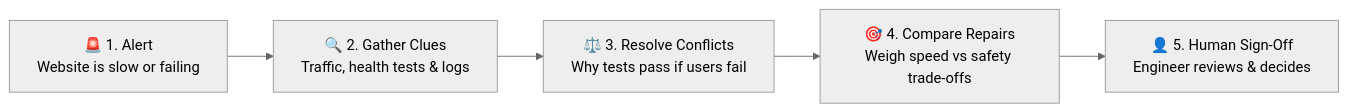
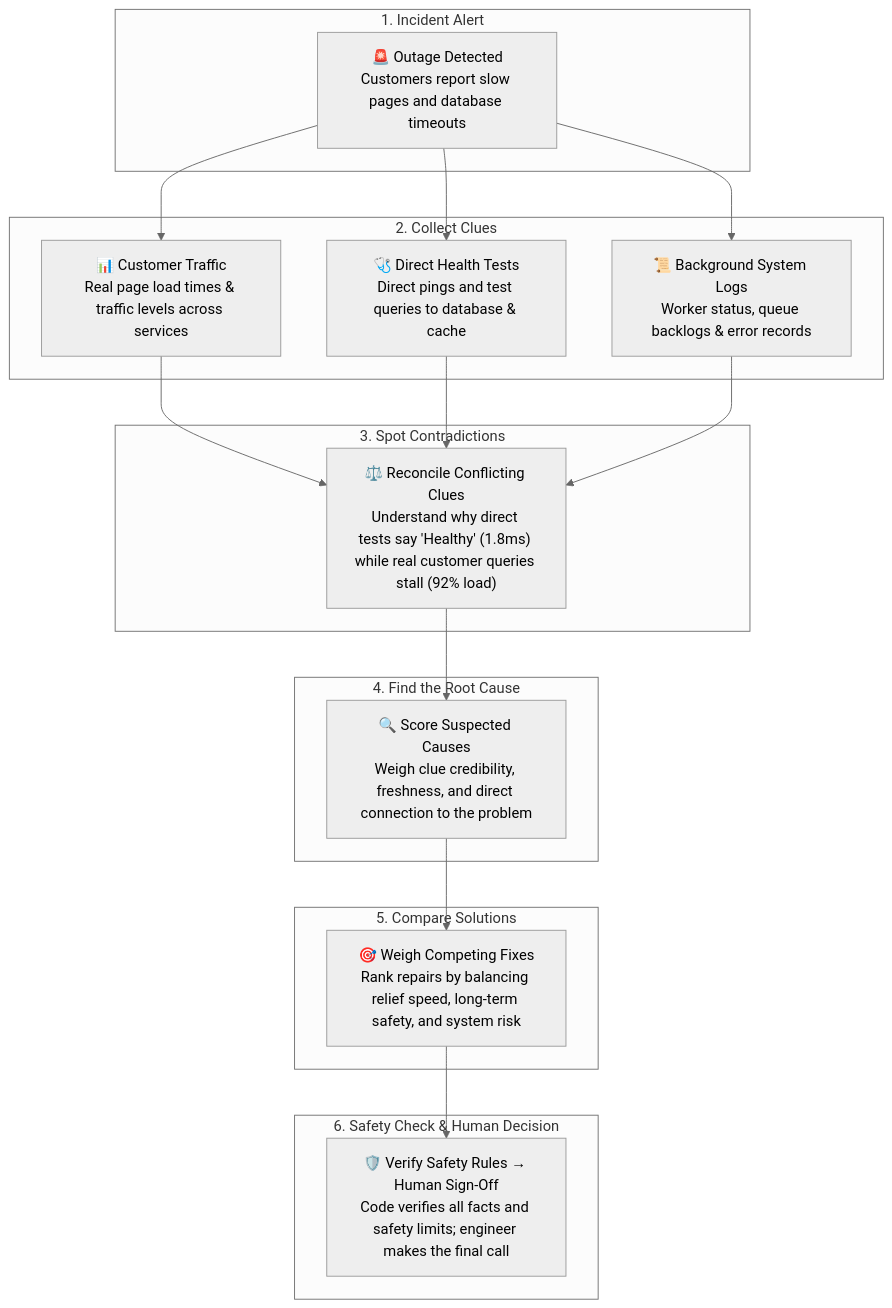
Before and after one commit to AnasBabari/LEC_AI: the second of 3 diagrams in README.md, drawn with Mermaid (neutral theme). The commit also changed other lines of this file, not shown here.

First line of the commit message:
docs(readme): restore 3 structured Mermaid diagrams with clean, jargon-free English labels

````diff
--- a/README.md
+++ b/README.md
@@ -102,7 +137,40 @@
 ```mermaid
-flowchart LR
-    Alert["🚨 1. Alert<br/>Website is slow or failing"] --> Clues["🔍 2. Gather Clues<br/>Traffic, health tests & logs"]
-    Clues --> Contradiction["⚖️ 3. Resolve Conflicts<br/>Why tests pass if users fail"]
-    Contradiction --> Repairs["🎯 4. Compare Repairs<br/>Weigh speed vs safety trade-offs"]
-    Repairs --> Human["👤 5. Human Sign-Off<br/>Engineer reviews & decides"]
+flowchart TD
+    subgraph S1["1. Incident Alert"]
+        Alert["🚨 Outage Detected<br/>Customers report slow pages and database timeouts"]
+    end
+
+    subgraph S2["2. Collect Clues"]
+        Telemetry["📊 Customer Traffic<br/>Real page load times & traffic levels across services"]
+        Probes["🩺 Direct Health Tests<br/>Direct pings and test queries to database & cache"]
+        Logs["📜 Background System Logs<br/>Worker status, queue backlogs & error records"]
+    end
+
+    subgraph S3["3. Spot Contradictions"]
+        Tension["⚖️ Reconcile Conflicting Clues<br/>Understand why direct tests say 'Healthy' (1.8ms) while real customer queries stall (92% load)"]
+    end
+
+    subgraph S4["4. Find the Root Cause"]
+        Causes["🔍 Score Suspected Causes<br/>Weigh clue credibility, freshness, and direct connection to the problem"]
+    end
+
+    subgraph S5["5. Compare Solutions"]
+        Repairs["🎯 Weigh Competing Fixes<br/>Rank repairs by balancing relief speed, long-term safety, and system risk"]
+    end
+
+    subgraph S6["6. Safety Check & Human Decision"]
+        Approval["🛡️ Verify Safety Rules → Human Sign-Off<br/>Code verifies all facts and safety limits; engineer makes the final call"]
+    end
+
+    Alert --> Telemetry
+    Alert --> Probes
+    Alert --> Logs
+
+    Telemetry --> Tension
+    Probes --> Tension
+    Logs --> Tension
+
+    Tension --> Causes
+    Causes --> Repairs
+    Repairs --> Approval
 ```
````
